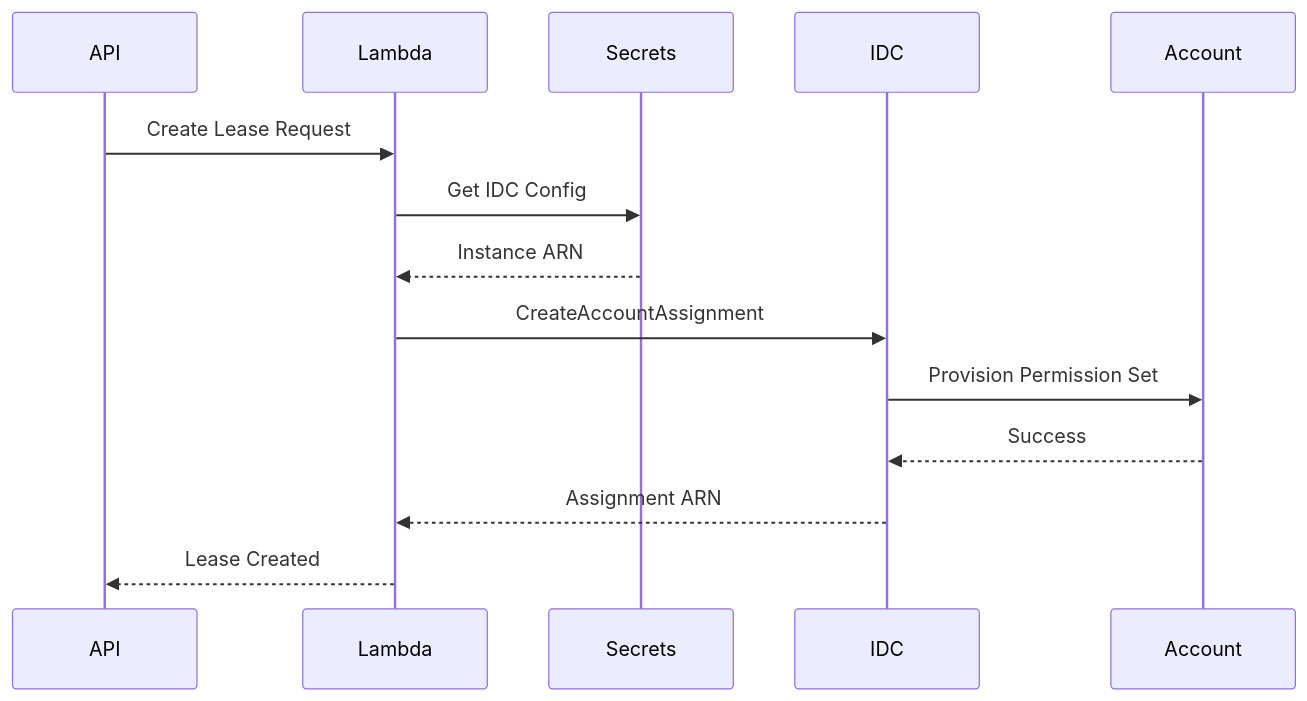
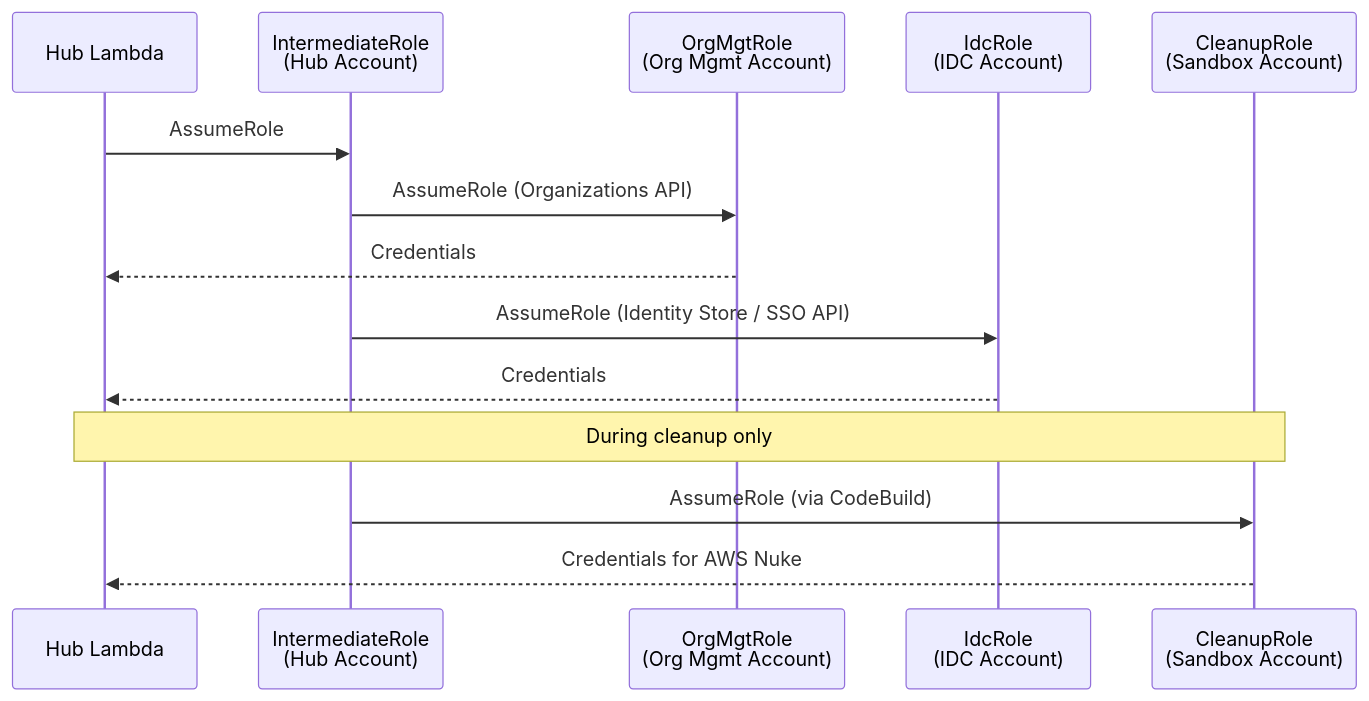
The third of 3 diagrams in docs/10-isb-core-architecture.md (co-cddo/ndx-try-arch), drawn with Mermaid before and after one commit. The commit also changed other lines of this file and 41 other files, not shown here.

First line of the commit message:
docs: update NDX architecture documentation (#9)

````diff
--- a/docs/10-isb-core-architecture.md
+++ b/docs/10-isb-core-architecture.md
@@ -198,17 +503,19 @@
 ```mermaid
 sequenceDiagram
-    participant API
-    participant Lambda
-    participant Secrets
-    participant IDC
-    participant Account
+    participant Lambda as Hub Lambda
+    participant IR as IntermediateRole<br/>(Hub Account)
+    participant OrgRole as OrgMgtRole<br/>(Org Mgmt Account)
+    participant IdcRole as IdcRole<br/>(IDC Account)
+    participant SandboxRole as CleanupRole<br/>(Sandbox Account)
 
-    API->>Lambda: Create Lease Request
-    Lambda->>Secrets: Get IDC Config
-    Secrets-->>Lambda: Instance ARN
-    Lambda->>IDC: CreateAccountAssignment
-    IDC->>Account: Provision Permission Set
-    Account-->>IDC: Success
-    IDC-->>Lambda: Assignment ARN
-    Lambda-->>API: Lease Created
+    Lambda->>IR: AssumeRole
+    IR->>OrgRole: AssumeRole (Organizations API)
+    OrgRole-->>Lambda: Credentials
+
+    IR->>IdcRole: AssumeRole (Identity Store / SSO API)
+    IdcRole-->>Lambda: Credentials
+
+    Note over Lambda,SandboxRole: During cleanup only
+    IR->>SandboxRole: AssumeRole (via CodeBuild)
+    SandboxRole-->>Lambda: Credentials for AWS Nuke
 ```
````
